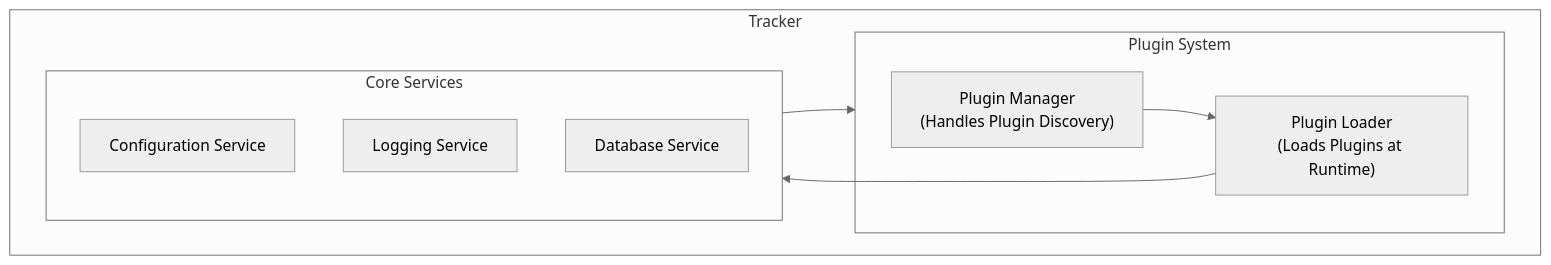
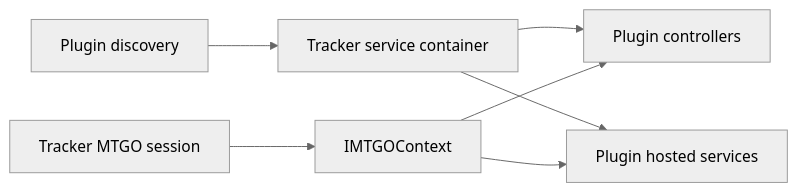
One commit to videre-project/Tracker changed the ninth of 9 diagrams in ARCHITECTURE.md. Above: the diagram before and after it, drawn with Mermaid (neutral theme). The commit also changed other lines of this file and 27 other files, not shown here.

Commit message:
[Server/Plugins] Add plugin API and host registration

````diff
--- a/ARCHITECTURE.md
+++ b/ARCHITECTURE.md
@@ -489,18 +511,9 @@
 ```mermaid
-flowchart TB
-  subgraph Tracker
-    subgraph PluginSystem[Plugin System]
-      PluginManager["Plugin Manager<br>(Handles Plugin Discovery)"]
-      PluginLoader["Plugin Loader<br>(Loads Plugins at Runtime)"]
-    end
-    subgraph CoreServices[Core Services]
-      ConfigurationService[Configuration Service]
-      LoggingService[Logging Service]
-      DatabaseService[Database Service]
-    end
-  end
-
-  PluginManager --> PluginLoader
-  PluginLoader --> CoreServices
-  CoreServices --> PluginSystem
+flowchart LR
+  Loader[Plugin discovery] --> DI[Tracker service container]
+  DI --> Controllers[Plugin controllers]
+  DI --> Hosted[Plugin hosted services]
+  MTGO[Tracker MTGO session] --> Capability[IMTGOContext]
+  Capability --> Controllers
+  Capability --> Hosted
 ```
````
